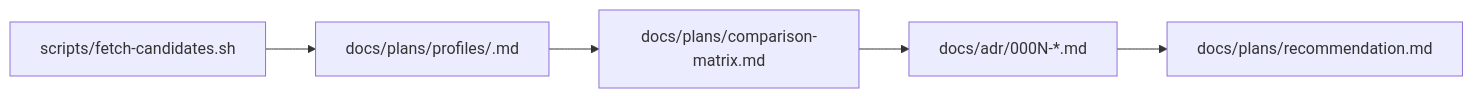
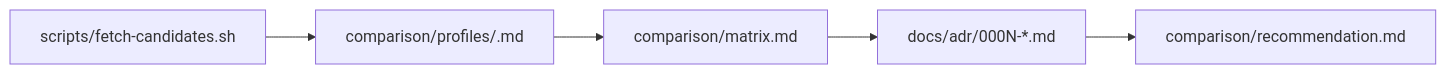
One commit to cristoslc/humanizer-skill-review changed the diagram in docs/agents-detail/project-navigation.md. Above: the diagram before and after it, drawn with Mermaid. The commit also changed other lines of this file and 20 other files, not shown here.

````diff
--- a/docs/agents-detail/project-navigation.md
+++ b/docs/agents-detail/project-navigation.md
@@ -43,7 +45,7 @@
 ```mermaid
 flowchart LR
-    Fetch["scripts/fetch-candidates.sh"] --> Profile["docs/plans/profiles/<name>.md"]
-    Profile --> Score["docs/plans/comparison-matrix.md"]
+    Fetch["scripts/fetch-candidates.sh"] --> Profile["comparison/profiles/<name>.md"]
+    Profile --> Score["comparison/matrix.md"]
     Score --> Decide["docs/adr/000N-*.md"]
-    Decide --> Synthesize["docs/plans/recommendation.md"]
+    Decide --> Synthesize["comparison/recommendation.md"]
 ```
````
